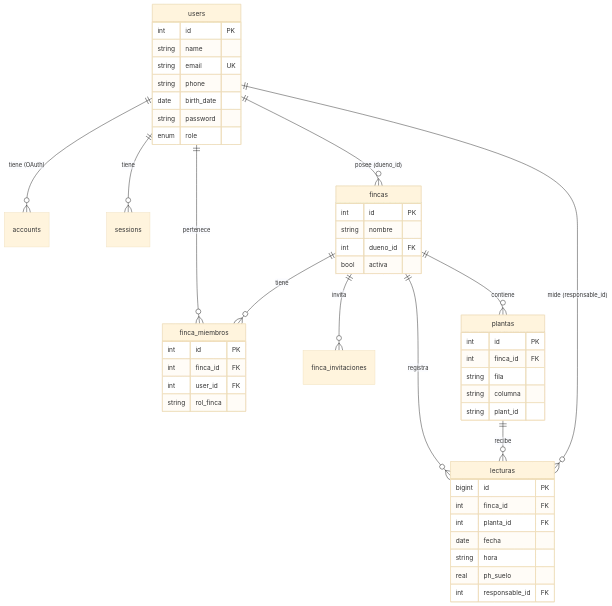
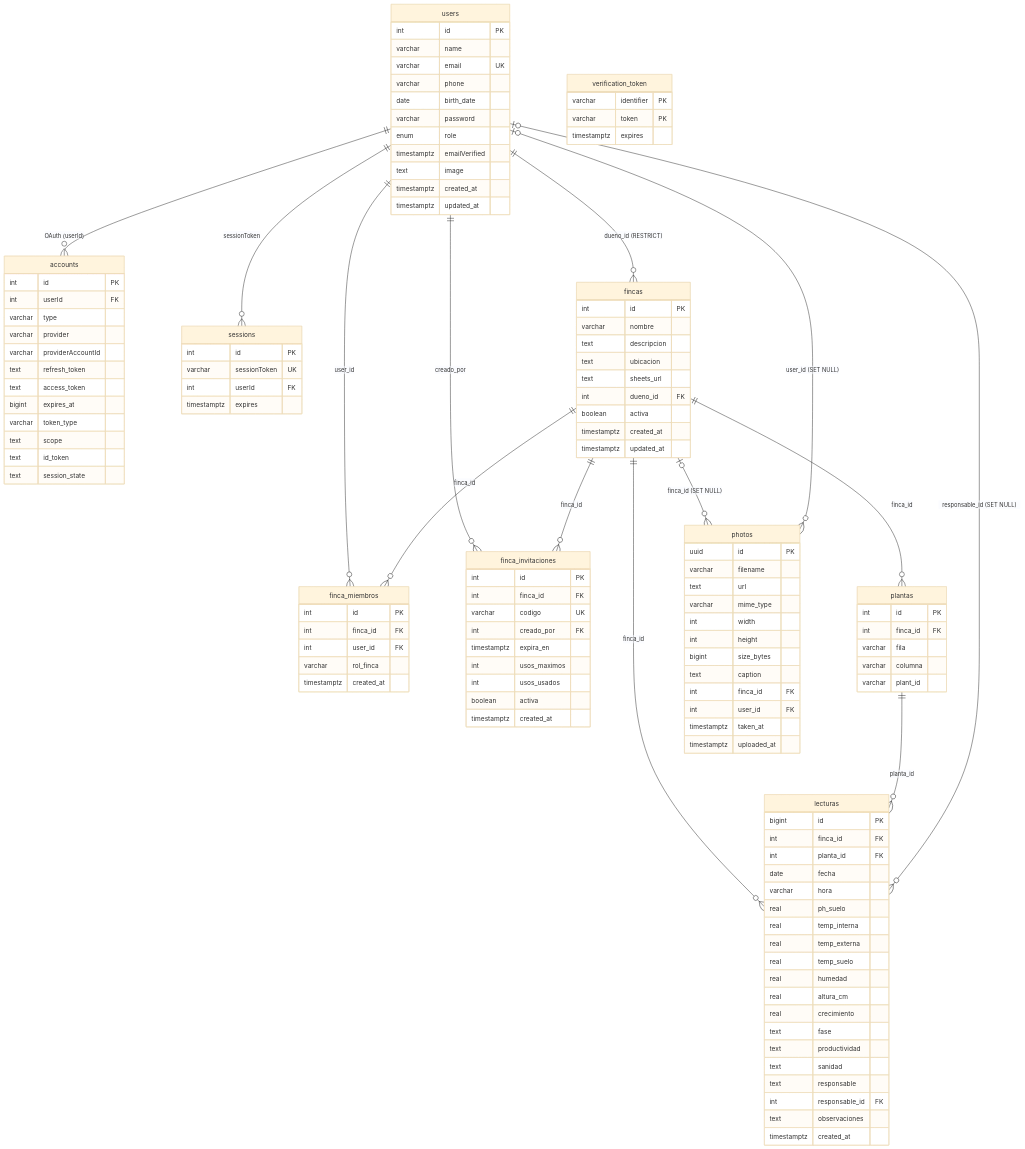
The diagram in docs/DATABASE.md (Jdgb22/Proyect_invernadero), drawn with Mermaid (base theme) before and after one commit. The commit also changed other lines of this file and 67 other files, not shown here.

````diff
--- a/docs/DATABASE.md
+++ b/docs/DATABASE.md
@@ -101,50 +302,126 @@
 ```mermaid
 erDiagram
-    users ||--o{ accounts : "tiene (OAuth)"
-    users ||--o{ sessions : "tiene"
-    users ||--o{ fincas : "posee (dueno_id)"
-    users ||--o{ finca_miembros : "pertenece"
-    fincas ||--o{ finca_miembros : "tiene"
-    fincas ||--o{ finca_invitaciones : "invita"
-    fincas ||--o{ plantas : "contiene"
-    fincas ||--o{ lecturas : "registra"
-    plantas ||--o{ lecturas : "recibe"
-    users ||--o{ lecturas : "mide (responsable_id)"
+    users ||--o{ accounts : "OAuth (userId)"
+    users ||--o{ sessions : "sessionToken"
+    users ||--o{ fincas : "dueno_id (RESTRICT)"
+    users ||--o{ finca_miembros : "user_id"
+    users ||--o{ finca_invitaciones : "creado_por"
+    fincas ||--o{ finca_miembros : "finca_id"
+    fincas ||--o{ finca_invitaciones : "finca_id"
+    fincas ||--o{ plantas : "finca_id"
+    fincas ||--o{ lecturas : "finca_id"
+    plantas ||--o{ lecturas : "planta_id"
+    users |o--o{ lecturas : "responsable_id (SET NULL)"
+    fincas |o--o{ photos : "finca_id (SET NULL)"
+    users |o--o{ photos : "user_id (SET NULL)"
+
+    users {
+        int id PK
+        varchar name
+        varchar email UK
+        varchar phone
+        date birth_date
+        varchar password
+        enum role
+        timestamptz emailVerified
+        text image
+        timestamptz created_at
+        timestamptz updated_at
+    }
+    accounts {
+        int id PK
+        int userId FK
+        varchar type
+        varchar provider
+        varchar providerAccountId
+        text refresh_token
+        text access_token
+        bigint expires_at
+        varchar token_type
+        text scope
+        text id_token
+        text session_state
+    }
+    sessions {
+        int id PK
+        varchar sessionToken UK
+        int userId FK
+        timestamptz expires
+    }
+    verification_token {
+        varchar identifier PK
+        varchar token PK
+        timestamptz expires
+    }
     fincas {
         int id PK
-        string nombre
+        varchar nombre
+        text descripcion
+        text ubicacion
+        text sheets_url
         int dueno_id FK
-        bool activa
+        boolean activa
+        timestamptz created_at
+        timestamptz updated_at
     }
     finca_miembros {
         int id PK
         int finca_id FK
         int user_id FK
-        string rol_finca
+        varchar rol_finca
+        timestamptz created_at
+    }
+    finca_invitaciones {
+        int id PK
+        int finca_id FK
+        varchar codigo UK
+        int creado_por FK
+        timestamptz expira_en
+        int usos_maximos
+        int usos_usados
+        boolean activa
+        timestamptz created_at
+    }
+    plantas {
+        int id PK
+        int finca_id FK
+        varchar fila
+        varchar columna
+        varchar plant_id
     }
     lecturas {
         bigint id PK
         int finca_id FK
         int planta_id FK
         date fecha
-        string hora
+        varchar hora
         real ph_suelo
+        real temp_interna
+        real temp_externa
+        real temp_suelo
+        real humedad
+        real altura_cm
+        real crecimiento
+        text fase
+        text productividad
+        text sanidad
+        text responsable
         int responsable_id FK
+        text observaciones
+        timestamptz created_at
     }
-    users {
-        int id PK
-        string name
-        string email UK
-        string phone
-        date birth_date
-        string password
-        enum role
-    }
-    plantas {
-        int id PK
+    photos {
+        uuid id PK
+        varchar filename
+        text url
+        varchar mime_type
+        int width
+        int height
+        bigint size_bytes
+        text caption
         int finca_id FK
-        string fila
-        string columna
-        string plant_id
+        int user_id FK
+        timestamptz taken_at
+        timestamptz uploaded_at
     }
 ```
````
